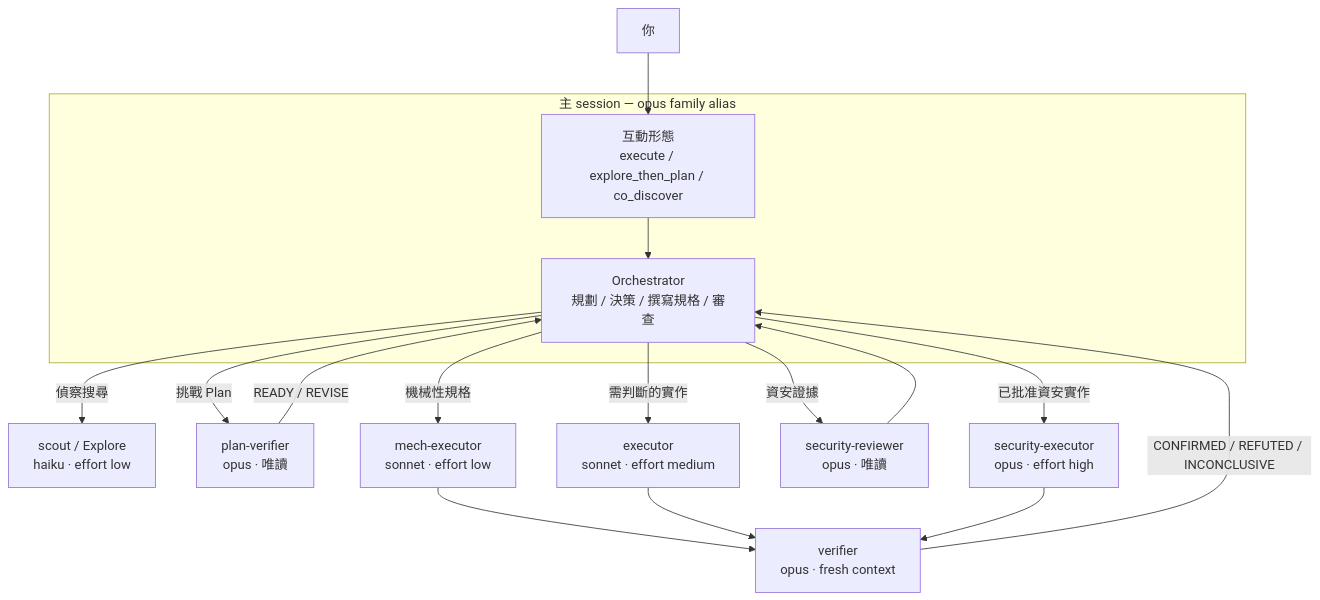
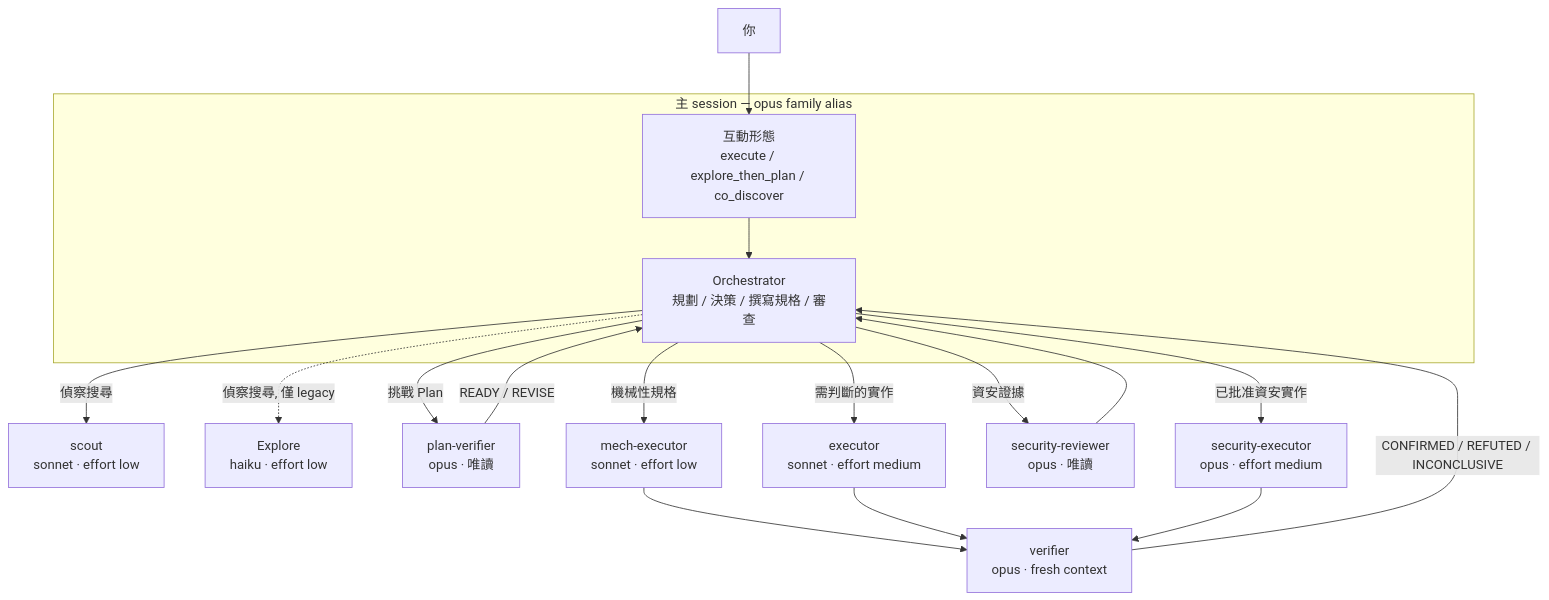
One commit to Nanako0129/pilotfish changed the diagram in README.zh-TW.md. Above: the diagram before and after it, drawn with Mermaid. The commit also changed other lines of this file and 14 other files, not shown here.

First line of the commit message:
feat(roles): route scout to Sonnet and run security-executor at medium effort

````diff
--- a/README.zh-TW.md
+++ b/README.zh-TW.md
@@ -51,30 +51,32 @@
 ```mermaid
 flowchart TD
     U["你"] --> I
     subgraph MAIN["主 session — opus family alias"]
         I["互動形態
 execute / explore_then_plan / co_discover"]
         I --> O
         O["Orchestrator
 規劃 / 決策 / 撰寫規格 / 審查"]
     end
-    O -->|偵察搜尋| S["scout / Explore
+    O -->|偵察搜尋| S["scout
+sonnet · effort low"]
+    O -.->|偵察搜尋, 僅 legacy| X["Explore
 haiku · effort low"]
     O -->|挑戰 Plan| PV["plan-verifier
 opus · 唯讀"]
     PV -->|READY / REVISE| O
     O -->|機械性規格| M["mech-executor
 sonnet · effort low"]
     O -->|需判斷的實作| E["executor
 sonnet · effort medium"]
     O -->|資安證據| SR["security-reviewer
 opus · 唯讀"]
     SR --> O
     O -->|已批准資安實作| SEC["security-executor
-opus · effort high"]
+opus · effort medium"]
     M --> V["verifier
 opus · fresh context"]
     E --> V
     SEC --> V
     V -->|CONFIRMED / REFUTED / INCONCLUSIVE| O
 ```
````
